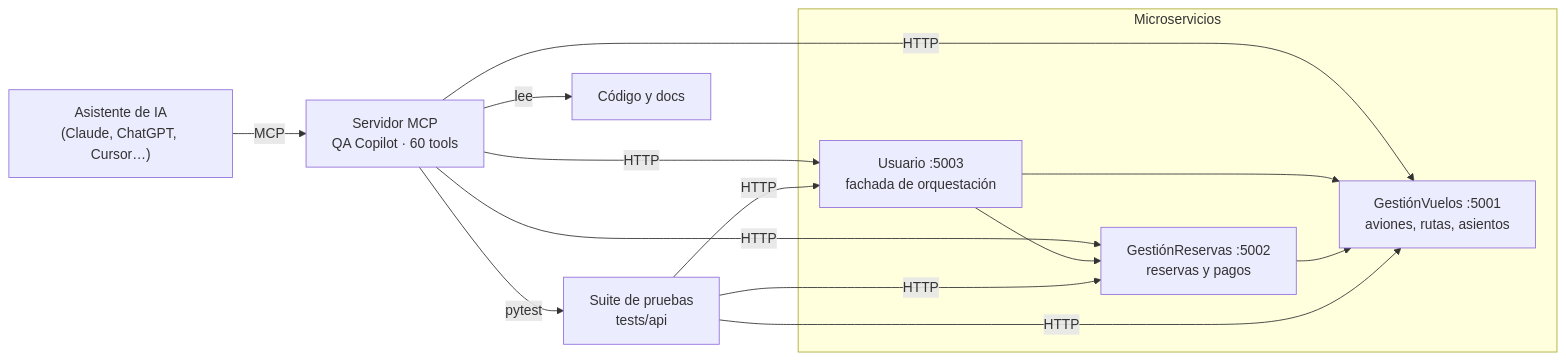
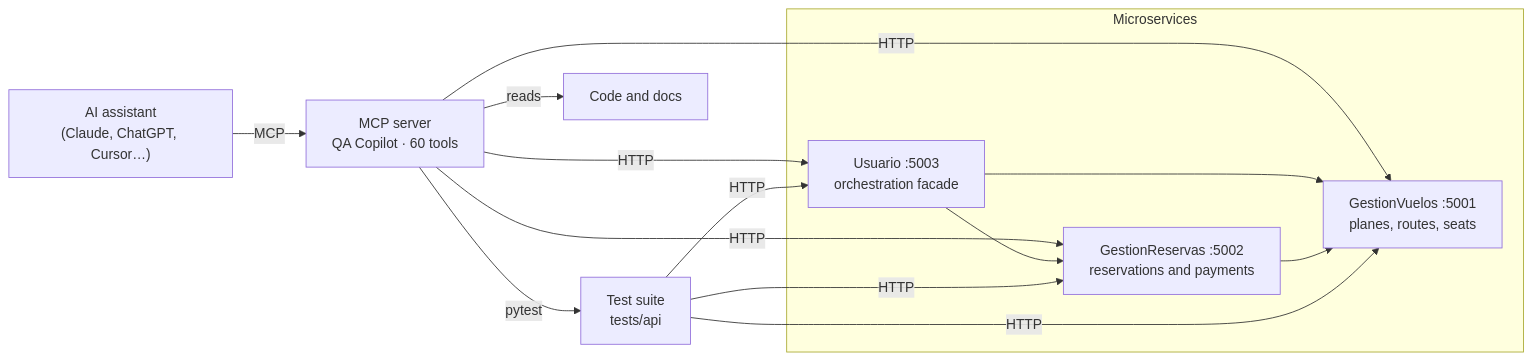
The diagram in README.md (jmnzcn/flightbooking-qa-copilot-mcp), drawn with Mermaid before and after one commit. The commit also changed other lines of this file and 1 other file, not shown here.

````diff
--- a/README.md
+++ b/README.md
@@ -42,19 +44,19 @@
 ```mermaid
 flowchart LR
-    AI["Asistente de IA<br/>(Claude, ChatGPT, Cursor…)"] -- MCP --> MCP["Servidor MCP<br/>QA Copilot · 60 tools"]
+    AI["AI assistant<br/>(Claude, ChatGPT, Cursor…)"] -- MCP --> MCP["MCP server<br/>QA Copilot · 60 tools"]
     MCP -- HTTP --> US
     MCP -- HTTP --> GV
     MCP -- HTTP --> GR
-    MCP -- "pytest" --> T["Suite de pruebas<br/>tests/api"]
-    MCP -- "lee" --> D["Código y docs"]
+    MCP -- "pytest" --> T["Test suite<br/>tests/api"]
+    MCP -- "reads" --> D["Code and docs"]
 
-    subgraph Microservicios
-      US["Usuario :5003<br/>fachada de orquestación"] --> GV["GestiónVuelos :5001<br/>aviones, rutas, asientos"]
-      US --> GR["GestiónReservas :5002<br/>reservas y pagos"]
+    subgraph Microservices
+      US["Usuario :5003<br/>orchestration facade"] --> GV["GestionVuelos :5001<br/>planes, routes, seats"]
+      US --> GR["GestionReservas :5002<br/>reservations and payments"]
       GR --> GV
     end
 
     T -- HTTP --> US
     T -- HTTP --> GV
     T -- HTTP --> GR
 ```
````
